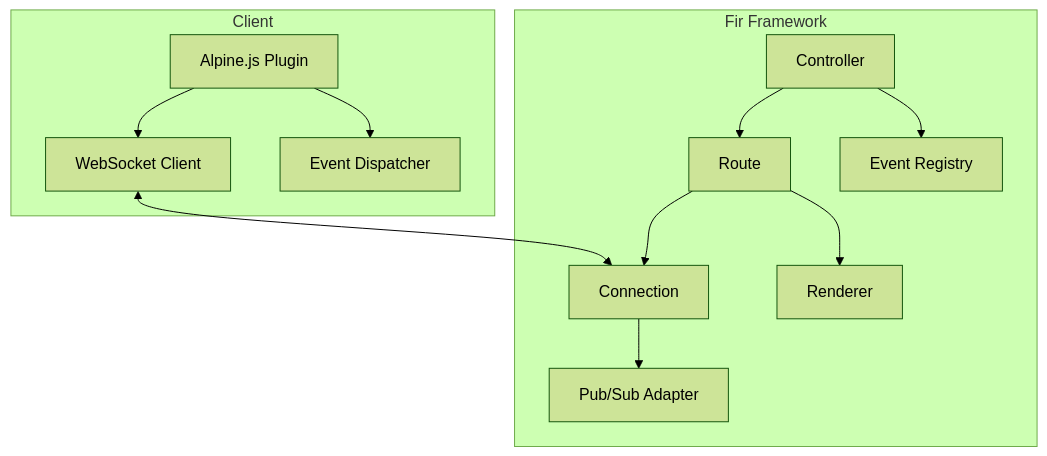
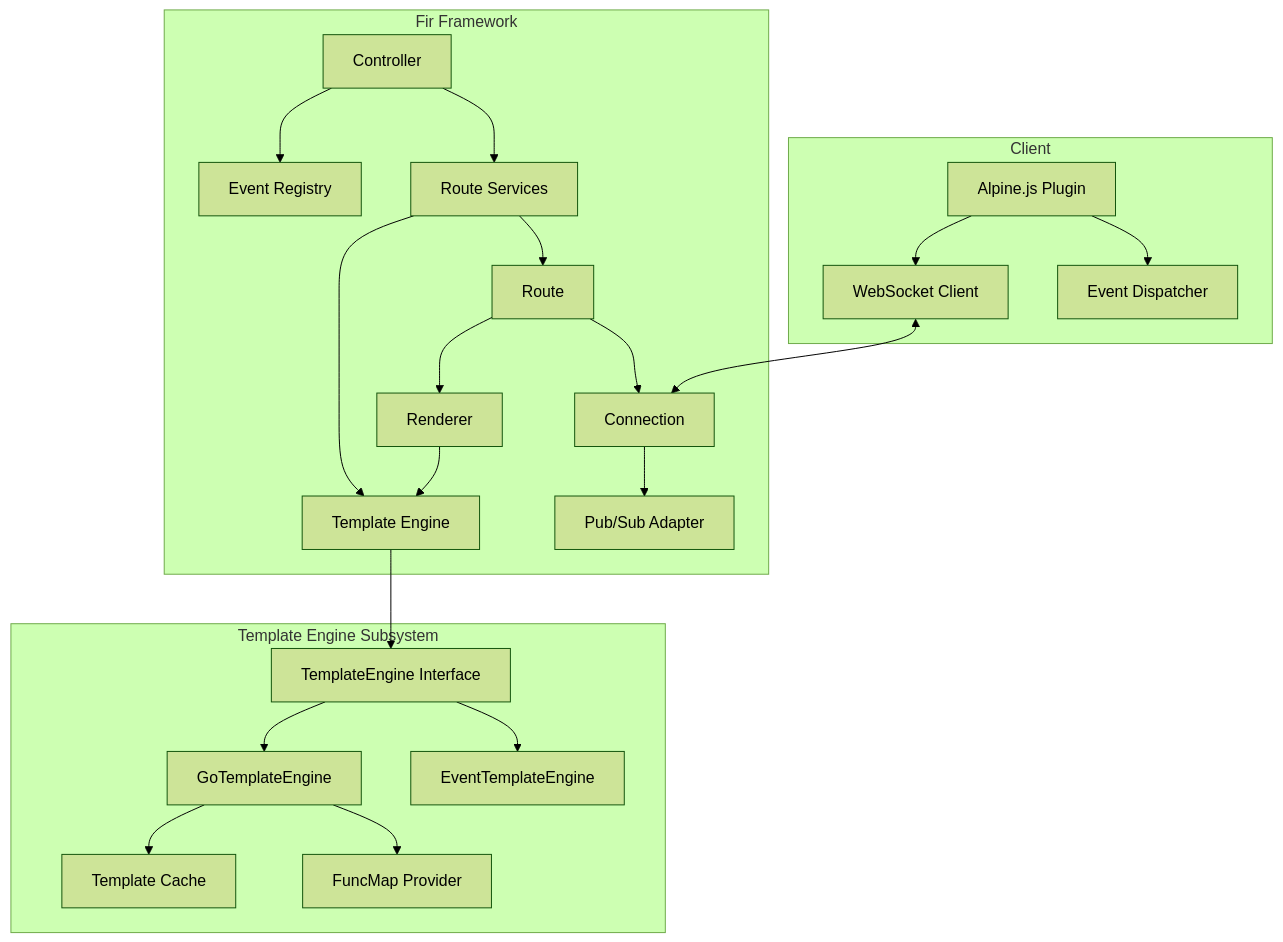
Before and after one commit to livefir/fir: the third of 15 diagrams in ARCHITECTURE.md, drawn with Mermaid (forest theme). The commit also changed other lines of this file, not shown here.

First line of the commit message:
Update ARCHITECTURE.md: Comprehensive Template Engine Refactoring Documentation

````diff
--- a/ARCHITECTURE.md
+++ b/ARCHITECTURE.md
@@ -166,27 +166,46 @@
 ```mermaid
 graph TB
     subgraph "Fir Framework"
         Controller[Controller]
         Route[Route]
         Connection[Connection]
         EventRegistry[Event Registry]
         Renderer[Renderer]
+        TemplateEngine[Template Engine]
         PubSub[Pub/Sub Adapter]
+        RouteServices[Route Services]
+    end
+    
+    subgraph "Template Engine Subsystem"
+        TE_Interface[TemplateEngine Interface]
+        TE_GoEngine[GoTemplateEngine]
+        TE_EventEngine[EventTemplateEngine]
+        TE_Cache[Template Cache]
+        TE_FuncMap[FuncMap Provider]
     end
     
     subgraph "Client"
         Alpine[Alpine.js Plugin]
         WebSocket[WebSocket Client]
         EventDispatcher[Event Dispatcher]
     end
     
-    Controller --> Route
+    Controller --> RouteServices
+    RouteServices --> Route
+    RouteServices --> TemplateEngine
     Controller --> EventRegistry
     Route --> Renderer
+    Renderer --> TemplateEngine
     Route --> Connection
     Connection --> PubSub
+    
+    TemplateEngine --> TE_Interface
+    TE_Interface --> TE_GoEngine
+    TE_Interface --> TE_EventEngine
+    TE_GoEngine --> TE_Cache
+    TE_GoEngine --> TE_FuncMap
     
     Alpine --> WebSocket
     Alpine --> EventDispatcher
     WebSocket <--> Connection
 ```
````
